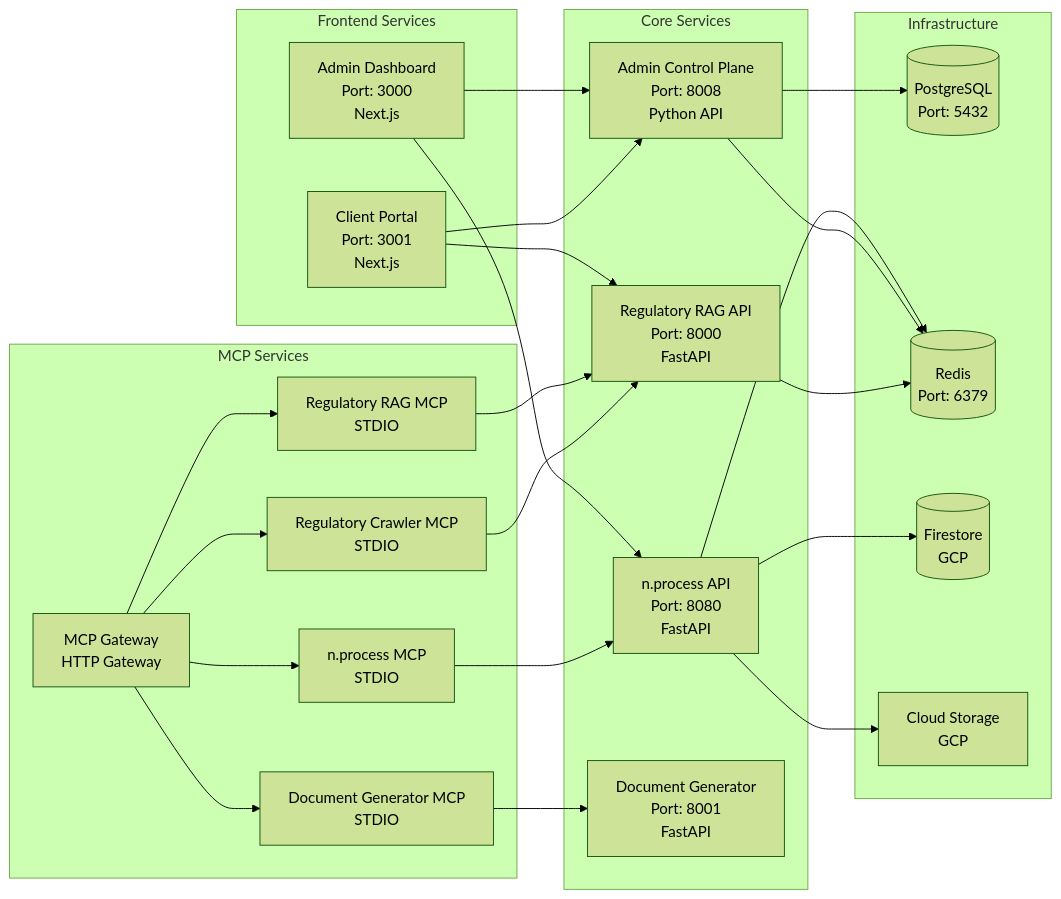
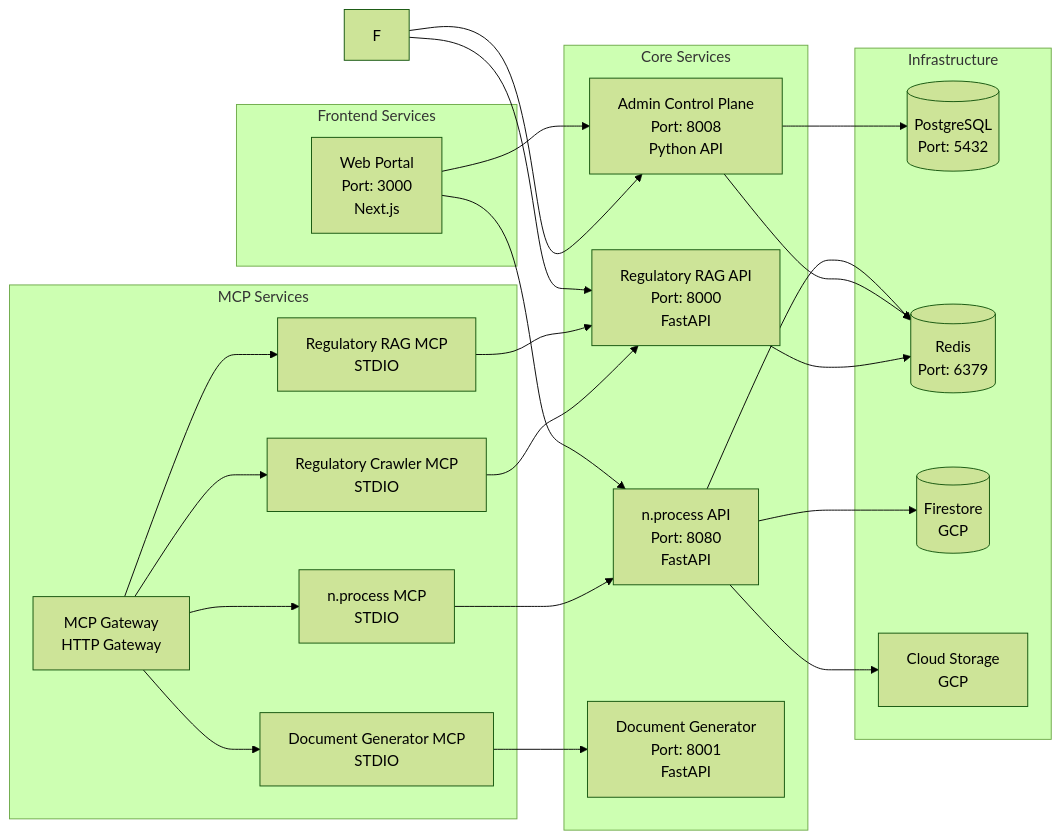
The third of 12 diagrams in README.md (resper1965/nprocess), drawn with Mermaid (forest theme) before and after one commit. The commit also changed other lines of this file and 142 other files, not shown here.

````diff
--- a/README.md
+++ b/README.md
@@ -124,49 +124,48 @@
 ```mermaid
 graph LR
     subgraph "Core Services"
         A[n.process API<br/>Port: 8080<br/>FastAPI]
         B[Admin Control Plane<br/>Port: 8008<br/>Python API]
         C[Regulatory RAG API<br/>Port: 8000<br/>FastAPI]
         D[Document Generator<br/>Port: 8001<br/>FastAPI]
     end
 
     subgraph "Frontend Services"
-        E[Admin Dashboard<br/>Port: 3000<br/>Next.js]
-        F[Client Portal<br/>Port: 3001<br/>Next.js]
+        E[Web Portal<br/>Port: 3000<br/>Next.js]
     end
 
     subgraph "MCP Services"
         G[MCP Gateway<br/>HTTP Gateway]
         H[n.process MCP<br/>STDIO]
         I[Regulatory RAG MCP<br/>STDIO]
         J[Document Generator MCP<br/>STDIO]
         K[Regulatory Crawler MCP<br/>STDIO]
     end
 
     subgraph "Infrastructure"
         L[(PostgreSQL<br/>Port: 5432)]
         M[(Redis<br/>Port: 6379)]
         N[(Firestore<br/>GCP)]
         O[Cloud Storage<br/>GCP]
     end
 
     E --> A
     E --> B
     F --> B
     F --> C
     G --> H
     G --> I
     G --> J
     G --> K
     H --> A
     I --> C
     J --> D
     K --> C
 
     A --> N
     A --> M
     B --> L
     B --> M
     C --> M
     A --> O
 ```
````
